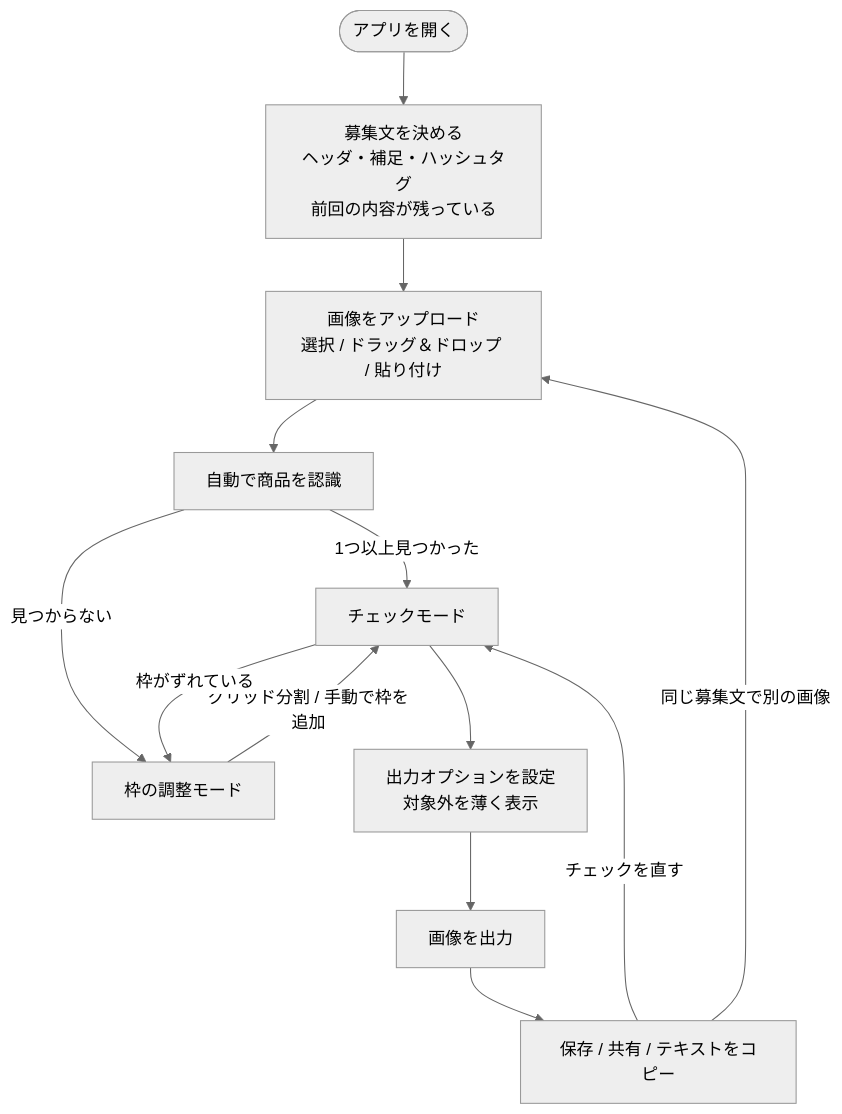
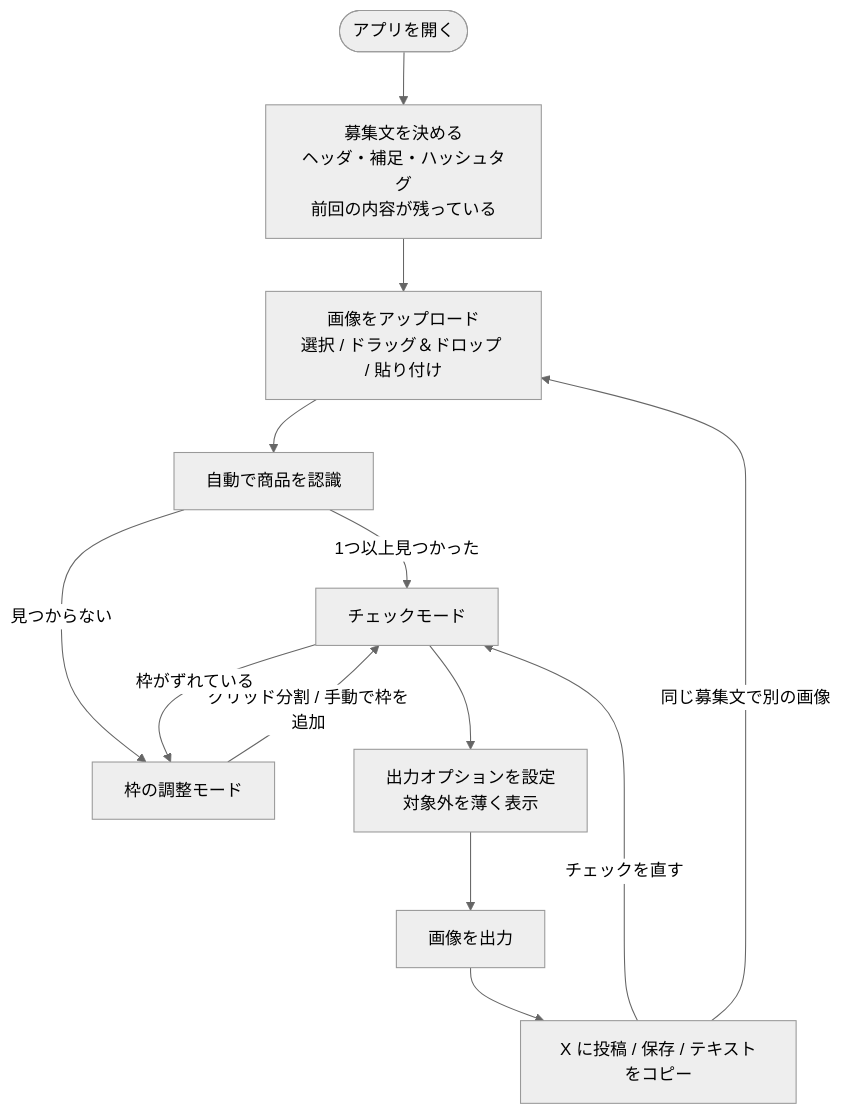
Before and after one commit to XiLyy/Random-Trade: the diagram in docs/02-requirements.md, drawn with Mermaid (neutral theme). The commit also changed other lines of this file and 15 other files, not shown here.

````diff
--- a/docs/02-requirements.md
+++ b/docs/02-requirements.md
@@ -66,15 +66,15 @@
 ```mermaid
 flowchart TD
   Start([アプリを開く]) --> Post[募集文を決める<br>ヘッダ・補足・ハッシュタグ<br>前回の内容が残っている]
   Post --> Up[画像をアップロード<br>選択 / ドラッグ＆ドロップ / 貼り付け]
   Up --> Det[自動で商品を認識]
   Det -->|1つ以上見つかった| Check[チェックモード]
   Det -->|見つからない| Edit[枠の調整モード]
   Edit -->|グリッド分割 / 手動で枠を追加| Check
   Check -->|枠がずれている| Edit
   Check --> Opt[出力オプションを設定<br>対象外を薄く表示]
   Opt --> Out[画像を出力]
-  Out --> Save[保存 / 共有 / テキストをコピー]
+  Out --> Save[X に投稿 / 保存 / テキストをコピー]
   Save -->|チェックを直す| Check
   Save -->|同じ募集文で別の画像| Up
 ```
````
